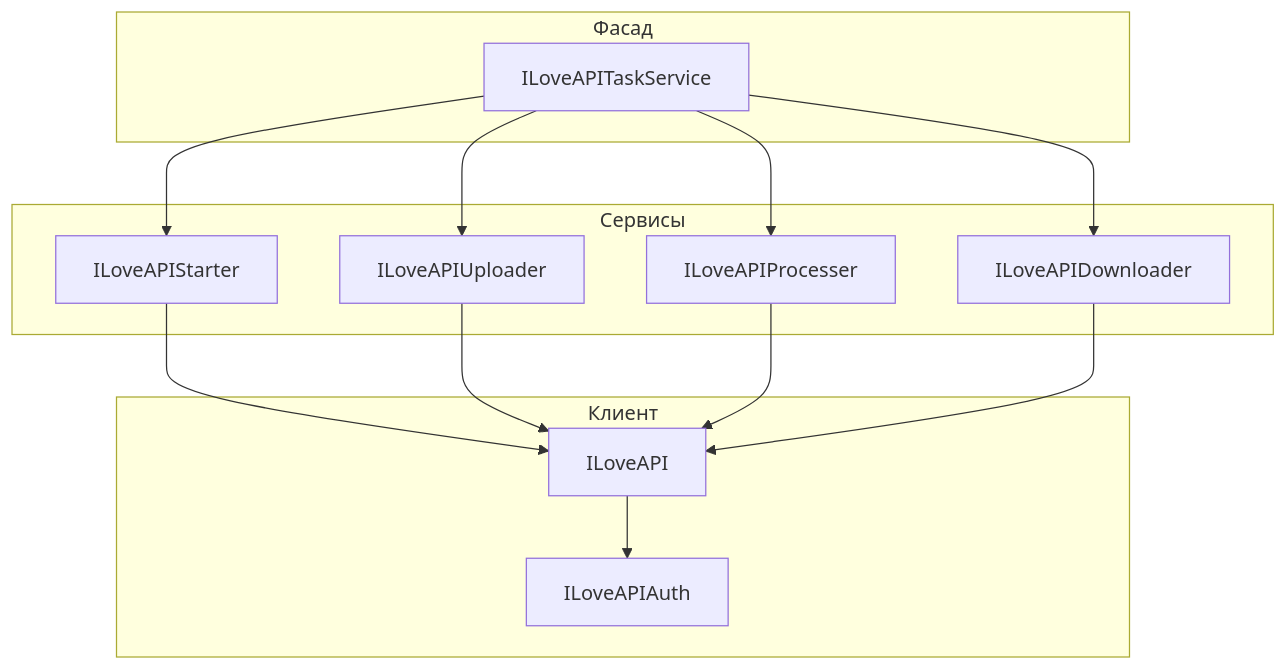
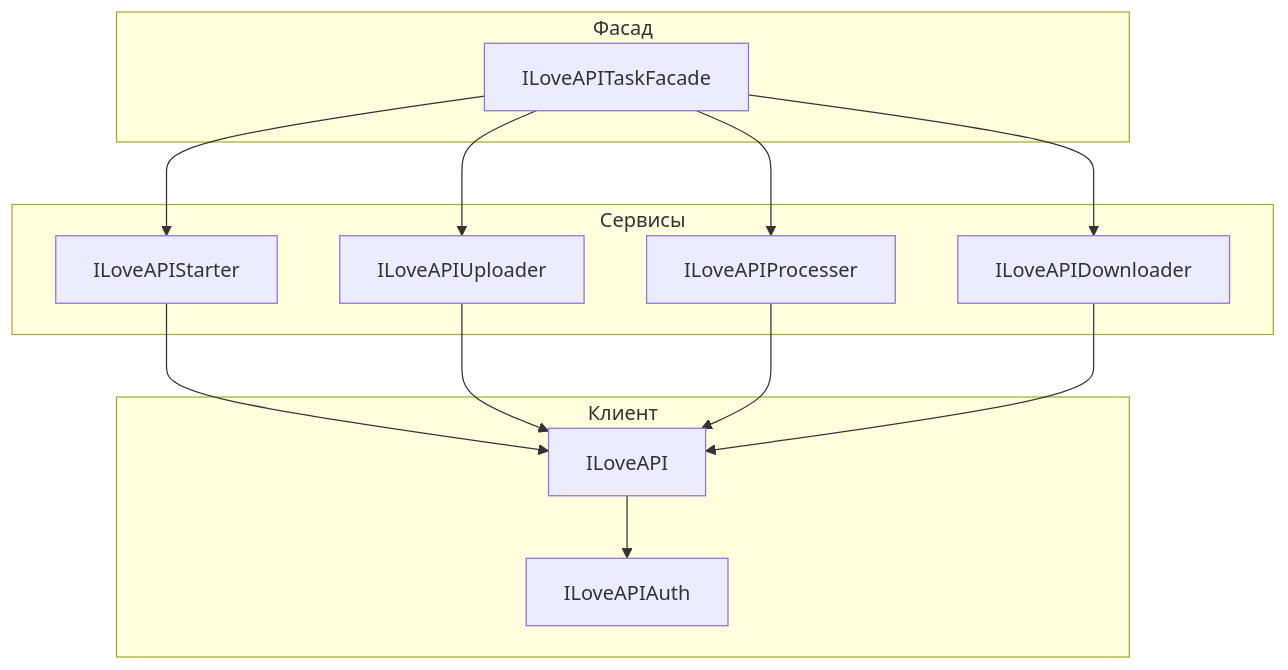
One commit to EvgeniyWis/FooocusBot changed the diagram in bot/services/iloveapi/README.md. Above: the diagram before and after it, drawn with Mermaid. The commit also changed other lines of this file and 3 other files, not shown here.

Commit message:
refac (iloveapi): rename service to facade.

````diff
--- a/bot/services/iloveapi/README.md
+++ b/bot/services/iloveapi/README.md
@@ -51,25 +51,25 @@
 ```mermaid
 flowchart TD
     subgraph "Фасад"
-        A[ILoveAPITaskService]
+        A[ILoveAPITaskFacade]
     end
     subgraph "Сервисы"
         B[ILoveAPIStarter]
         C[ILoveAPIUploader]
         D[ILoveAPIProcesser]
         E[ILoveAPIDownloader]
     end
     subgraph "Клиент"
         F[ILoveAPI]
         G[ILoveAPIAuth]
     end
     A --> B
     A --> C
     A --> D
     A --> E
     B --> F
     C --> F
     D --> F
     E --> F
     F --> G
 ``` 
````
